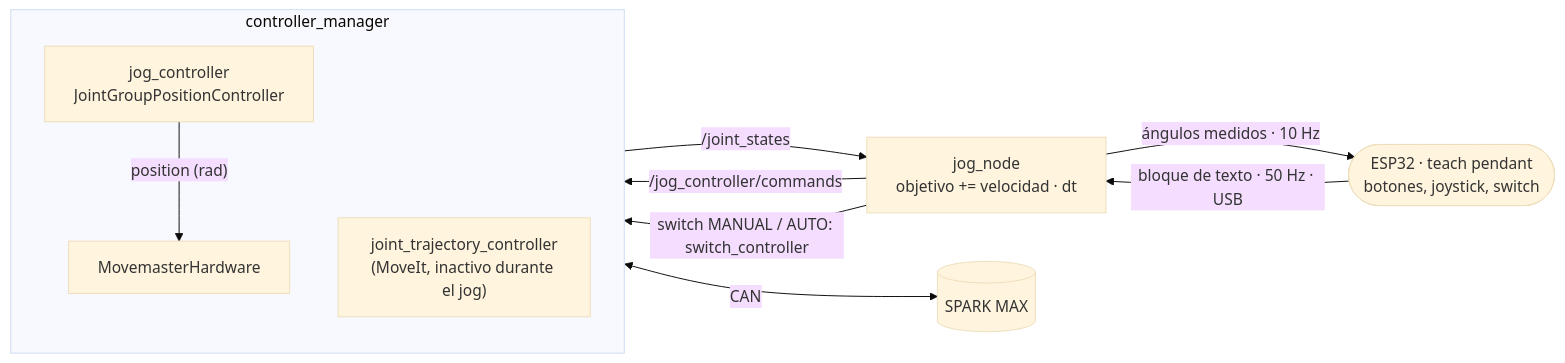
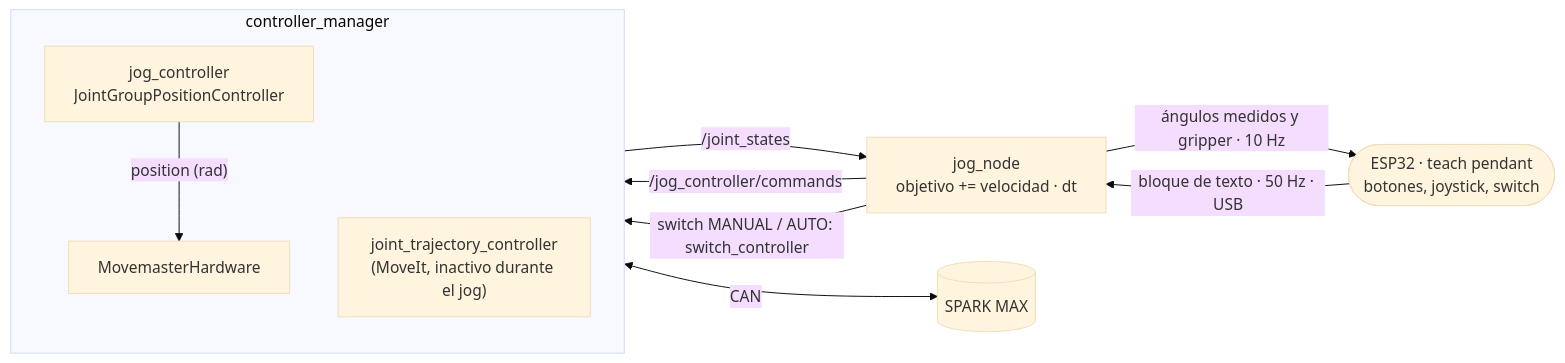
The diagram in movemaster_ws/src/movemaster_ros/movemaster_ros/movemaster_teleop/README.md (DiazPaz/movemaster), drawn with Mermaid (base theme) before and after one commit. The commit also changed other lines of this file and 10 other files, not shown here.

````diff
--- a/movemaster_ws/src/movemaster_ros/movemaster_ros/movemaster_teleop/README.md
+++ b/movemaster_ws/src/movemaster_ros/movemaster_ros/movemaster_teleop/README.md
@@ -7,20 +7,20 @@
 ```mermaid
 flowchart LR
     esp(["ESP32 · teach pendant<br/>botones, joystick, switch"])
     jog["jog_node<br/>objetivo += velocidad · dt"]
     subgraph cm["controller_manager"]
         direction TB
         jc["jog_controller<br/>JointGroupPositionController"]
         jtc["joint_trajectory_controller<br/>(MoveIt, inactivo durante el jog)"]
         hw["MovemasterHardware"]
     end
     spark[("SPARK MAX")]
 
     esp -- "bloque de texto · 50 Hz · USB" --> jog
-    jog -- "ángulos medidos · 10 Hz" --> esp
+    jog -- "ángulos medidos y gripper · 10 Hz" --> esp
     jog -- "switch MANUAL / AUTO: switch_controller" --> cm
     jog -- "/jog_controller/commands" --> jc
     jc -- "position (rad)" --> hw
     hw -- "/joint_states" --> jog
     hw <-- "CAN" --> spark
 ```
````
